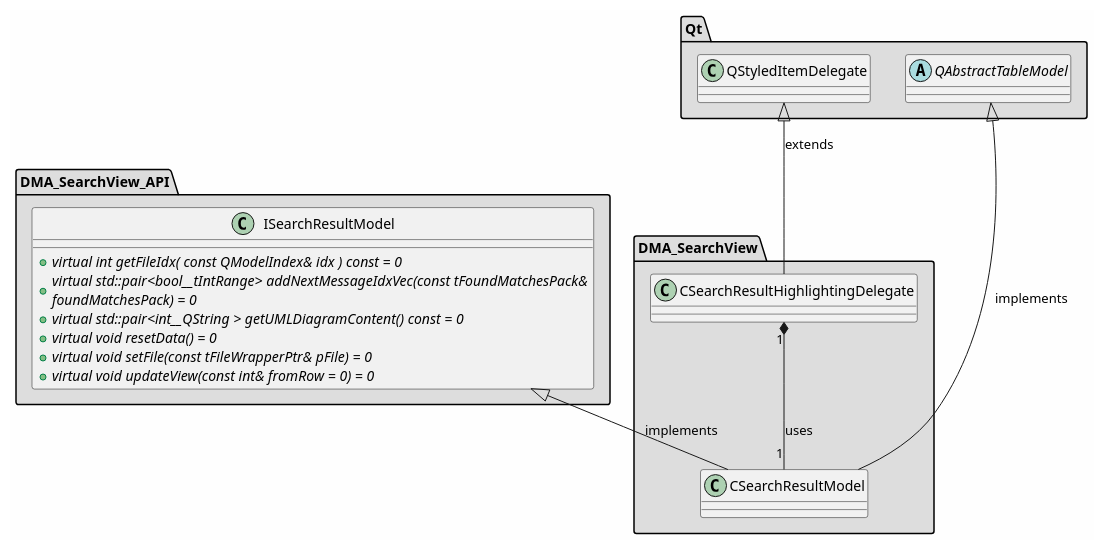
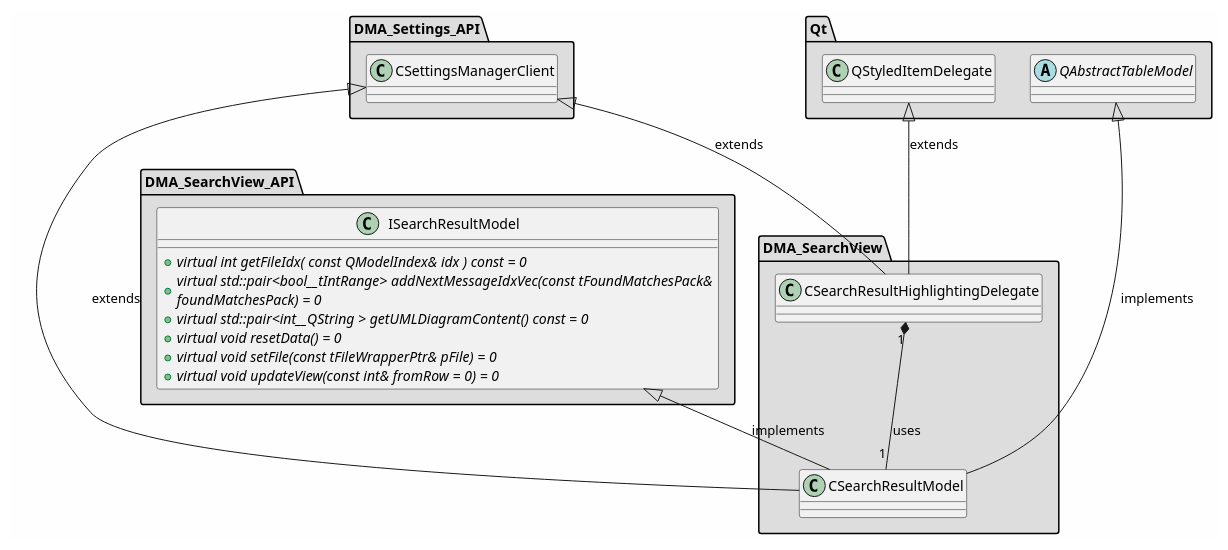
The diagram in md/dev_docs/puml/DMA_SearchView_standalone.puml (svlad-90/DLT-Message-Analyzer), drawn with PlantUML before and after one commit. The commit also changed 129 other files, not shown here.

First line of the commit message:
[ISSUE #111][COMPONENTS] Introduce components architecture in the project

```diff
--- a/md/dev_docs/puml/DMA_SearchView_standalone.puml
+++ b/md/dev_docs/puml/DMA_SearchView_standalone.puml
@@ -2,54 +2,65 @@
 @startuml
 
 skinparam backgroundColor #FEFEFE
 skinparam wrapWidth 600
 package "DMA_SearchView" #DDDDDD
 {
 
 class "CSearchResultHighlightingDelegate"
 {
 }
 
 class "CSearchResultModel"
 {
 }
 
 }
 
 package "DMA_SearchView_API" #DDDDDD
 {
 
 class "ISearchResultModel"
 {
     + {abstract} virtual int getFileIdx( const QModelIndex& idx ) const = 0
     + {abstract} virtual std::pair<bool__tIntRange> addNextMessageIdxVec(const tFoundMatchesPack& foundMatchesPack) = 0
     + {abstract} virtual std::pair<int__QString > getUMLDiagramContent() const = 0
     + {abstract} virtual void resetData() = 0
     + {abstract} virtual void setFile(const tFileWrapperPtr& pFile) = 0
     + {abstract} virtual void updateView(const int& fromRow = 0) = 0
 }
 
 }
 
+package "DMA_Settings_API" #DDDDDD
+{
+
+class "CSettingsManagerClient"
+{
+}
+
+}
+
 package "Qt" #DDDDDD
 {
 
 abstract class "QAbstractTableModel"
 {
 }
 
 class "QStyledItemDelegate"
 {
 }
 
 }
 
 '====================Inheritance section====================
+CSettingsManagerClient <|-- CSearchResultHighlightingDelegate : extends
 QStyledItemDelegate <|-- CSearchResultHighlightingDelegate : extends
+CSettingsManagerClient <|-- CSearchResultModel : extends
 ISearchResultModel <|-- CSearchResultModel : implements
 QAbstractTableModel <|-- CSearchResultModel : implements
 
 '====================Dependencies section====================
 CSearchResultHighlightingDelegate "1" *-- "1" CSearchResultModel : uses
 
 @enduml
```
